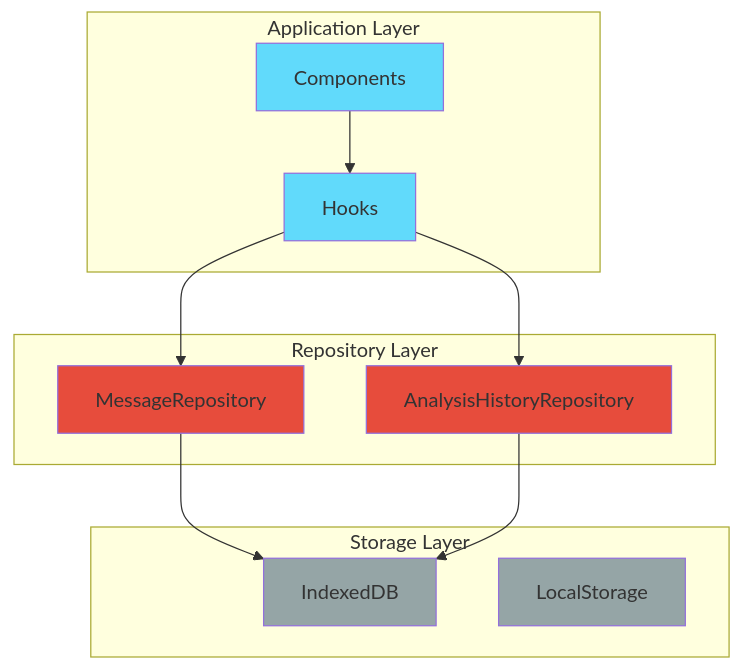
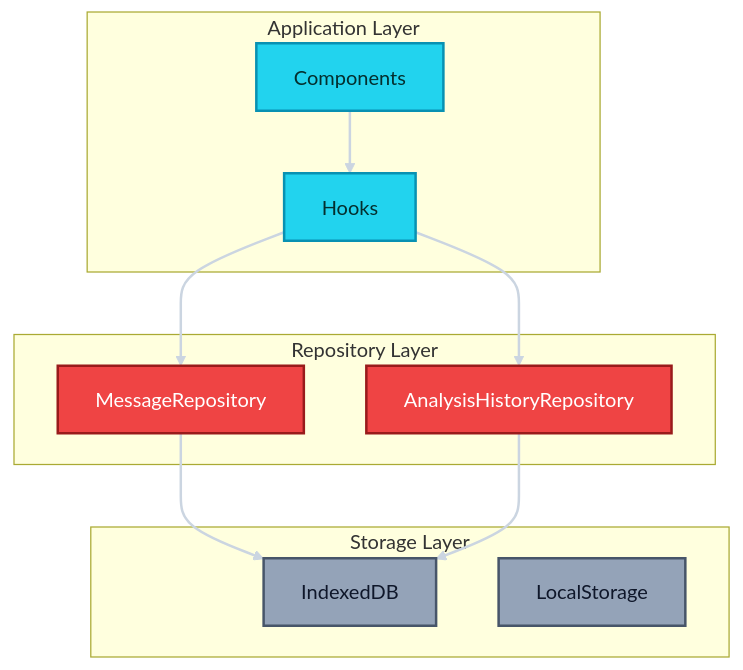
The first of 3 diagrams in docs/REPOSITORIES.md (Xeze-org/Anie-Frontend), drawn with Mermaid before and after one commit. The commit also changed 5 other files, not shown here.

Commit message:
Update documentation styles across architecture, components, hooks, repositories, and services

````diff
--- a/docs/REPOSITORIES.md
+++ b/docs/REPOSITORIES.md
@@ -14,30 +14,31 @@
 ```mermaid
 graph TB
     subgraph "Application Layer"
         A[Components]
         B[Hooks]
     end
     
     subgraph "Repository Layer"
         C[MessageRepository]
         D[AnalysisHistoryRepository]
     end
     
     subgraph "Storage Layer"
         E[IndexedDB]
         F[LocalStorage]
     end
     
     A --> B
     B --> C
     B --> D
     C --> E
     D --> E
     
-    style A fill:#61dafb
-    style B fill:#61dafb
-    style C fill:#e74c3c
-    style D fill:#e74c3c
-    style E fill:#95a5a6
-    style F fill:#95a5a6
+    style A fill:#22d3ee,stroke:#0891b2,stroke-width:2px,color:#042f2e
+    style B fill:#22d3ee,stroke:#0891b2,stroke-width:2px,color:#042f2e
+    style C fill:#ef4444,stroke:#991b1b,stroke-width:2px,color:#ffffff
+    style D fill:#ef4444,stroke:#991b1b,stroke-width:2px,color:#ffffff
+    style E fill:#94a3b8,stroke:#475569,stroke-width:2px,color:#0f172a
+    style F fill:#94a3b8,stroke:#475569,stroke-width:2px,color:#0f172a
+    linkStyle default stroke:#cbd5e1,stroke-width:2px
 ```
````
